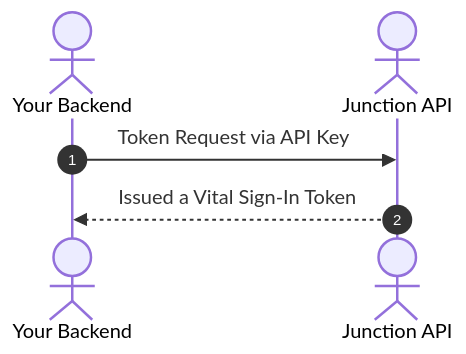
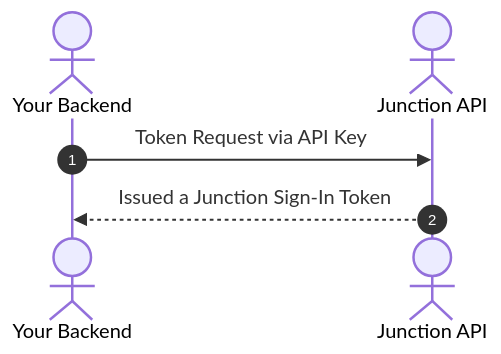
The third of 4 diagrams in docs/wearables/sdks/authentication.mdx (tryVital/docs), drawn with Mermaid before and after one commit. The commit also changed other lines of this file and 77 other files, not shown here.

Commit message:
Rename Vital -> Junction where applicable (#435)

````diff
--- a/docs/wearables/sdks/authentication.mdx
+++ b/docs/wearables/sdks/authentication.mdx
@@ -148,8 +148,8 @@
     ```mermaid
     sequenceDiagram
         actor Your Backend
         actor Junction API
         autonumber
         Your Backend->>Junction API: Token Request via API Key
-        Junction API-->>Your Backend: Issued a Vital Sign-In Token
+        Junction API-->>Your Backend: Issued a Junction Sign-In Token
     ```
````
